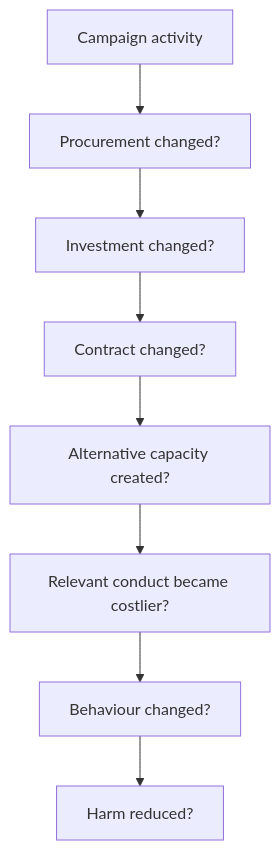
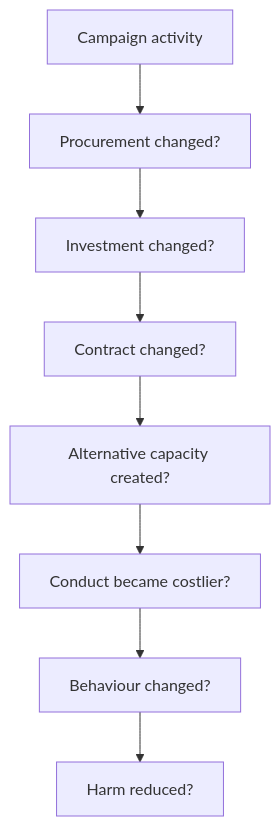
Before and after one commit to josefsbreakfast/Polaris-Protocol: diagram 13 of 14 in 🌓_3_In_The_Moment/📲_Press_Matters/🇵🇸_Palestine_Factchecking/🌍_Global_Powers/💸_incentivising_behavioural_change_and_bds.md, drawn with Mermaid. The commit also changed other lines of this file, not shown here.

````diff
--- a/🌓_3_In_The_Moment/📲_Press_Matters/🇵🇸_Palestine_Factchecking/🌍_Global_Powers/💸_incentivising_behavioural_change_and_bds.md
+++ b/🌓_3_In_The_Moment/📲_Press_Matters/🇵🇸_Palestine_Factchecking/🌍_Global_Powers/💸_incentivising_behavioural_change_and_bds.md
@@ -818,11 +573,11 @@
 ```mermaid
 flowchart TD
     A[Campaign activity]
     --> B[Procurement changed?]
     --> C[Investment changed?]
     --> D[Contract changed?]
     --> E[Alternative capacity created?]
-    --> F[Relevant conduct became costlier?]
+    --> F[Conduct became costlier?]
     --> G[Behaviour changed?]
     --> H[Harm reduced?]
 ```
````
